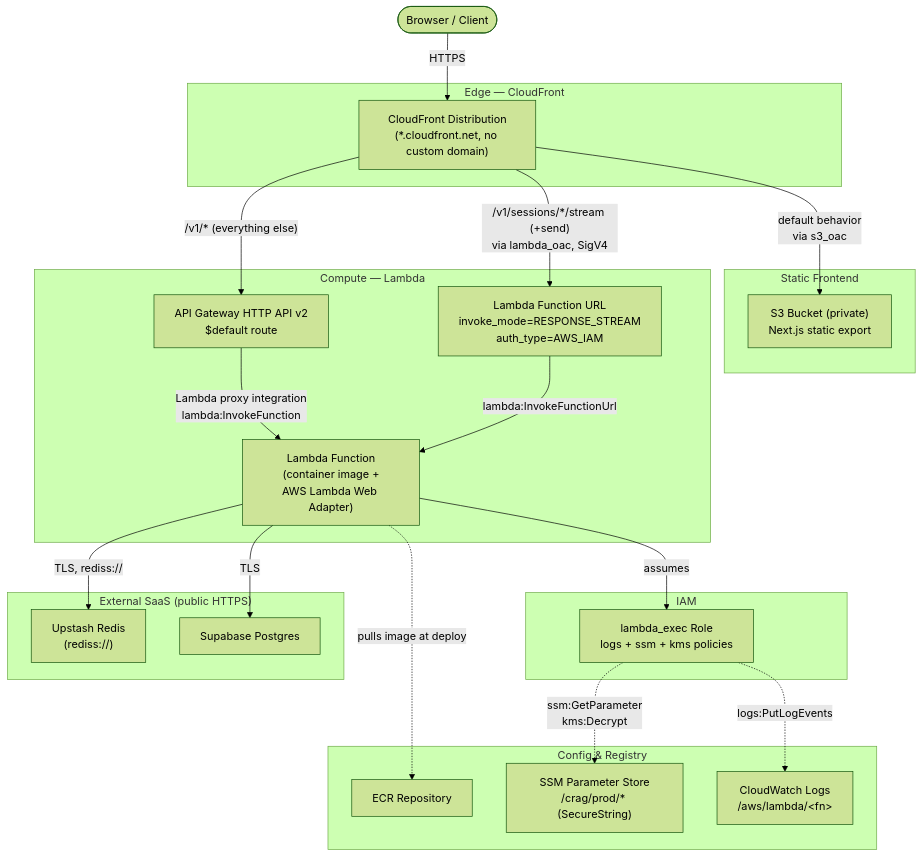
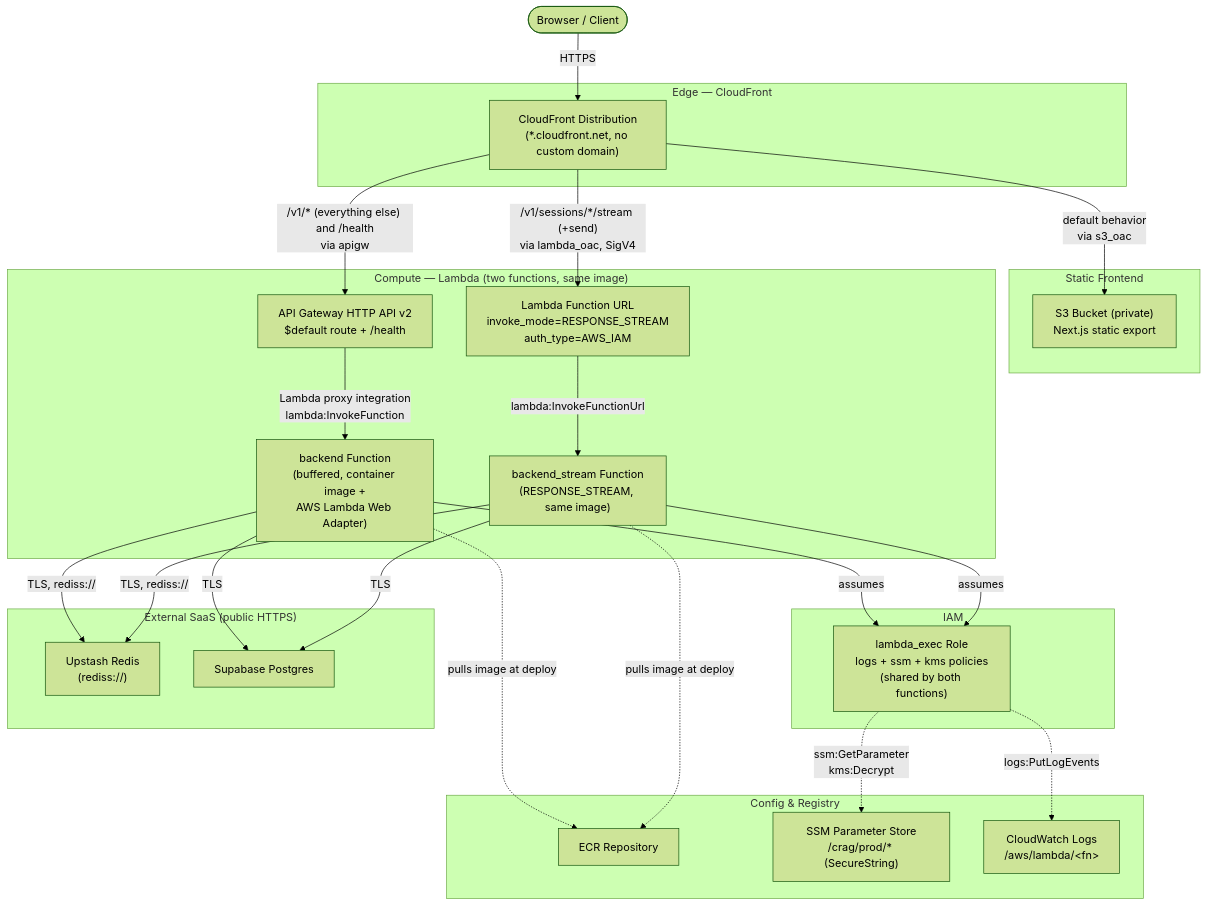
The diagram in enterprize-deploy-steps.md (SrikanthArgp/SearchAssistantProduction), drawn with Mermaid (forest theme) before and after one commit. The commit also changed 7 other files, not shown here.

````diff
--- a/enterprize-deploy-steps.md
+++ b/enterprize-deploy-steps.md
@@ -11,46 +11,51 @@
 ```mermaid
 flowchart TD
     Browser(["Browser / Client"])
 
     subgraph Edge["Edge — CloudFront"]
         CF["CloudFront Distribution\n(*.cloudfront.net, no custom domain)"]
     end
 
     subgraph Frontend["Static Frontend"]
         S3["S3 Bucket (private)\nNext.js static export"]
     end
 
-    subgraph Compute["Compute — Lambda"]
-        APIGW["API Gateway HTTP API v2\n$default route"]
+    subgraph Compute["Compute — Lambda (two functions, same image)"]
+        APIGW["API Gateway HTTP API v2\n$default route + /health"]
         FURL["Lambda Function URL\ninvoke_mode=RESPONSE_STREAM\nauth_type=AWS_IAM"]
-        Lambda["Lambda Function\n(container image +\nAWS Lambda Web Adapter)"]
+        Lambda["backend Function\n(buffered, container image +\nAWS Lambda Web Adapter)"]
+        LambdaStream["backend_stream Function\n(RESPONSE_STREAM, same image)"]
     end
 
     subgraph IAM["IAM"]
-        Role["lambda_exec Role\nlogs + ssm + kms policies"]
+        Role["lambda_exec Role\nlogs + ssm + kms policies\n(shared by both functions)"]
     end
 
     subgraph Config["Config & Registry"]
         ECR["ECR Repository"]
         SSM["SSM Parameter Store\n/crag/prod/* (SecureString)"]
         CW["CloudWatch Logs\n/aws/lambda/&lt;fn&gt;"]
     end
 
     subgraph External["External SaaS (public HTTPS)"]
         Upstash["Upstash Redis\n(rediss://)"]
         Supabase["Supabase Postgres"]
     end
 
     Browser -->|HTTPS| CF
     CF -->|"default behavior\nvia s3_oac"| S3
     CF -->|"/v1/sessions/*/stream (+send)\nvia lambda_oac, SigV4"| FURL
-    CF -->|"/v1/* (everything else)"| APIGW
+    CF -->|"/v1/* (everything else) and /health\nvia apigw"| APIGW
     APIGW -->|"Lambda proxy integration\nlambda:InvokeFunction"| Lambda
-    FURL -->|"lambda:InvokeFunctionUrl"| Lambda
+    FURL -->|"lambda:InvokeFunctionUrl"| LambdaStream
     Lambda -.->|"pulls image at deploy"| ECR
+    LambdaStream -.->|"pulls image at deploy"| ECR
     Lambda -->|assumes| Role
+    LambdaStream -->|assumes| Role
     Role -.->|"ssm:GetParameter\nkms:Decrypt"| SSM
     Role -.->|"logs:PutLogEvents"| CW
     Lambda -->|"TLS, rediss://"| Upstash
     Lambda -->|TLS| Supabase
+    LambdaStream -->|"TLS, rediss://"| Upstash
+    LambdaStream -->|TLS| Supabase
 ```
````
